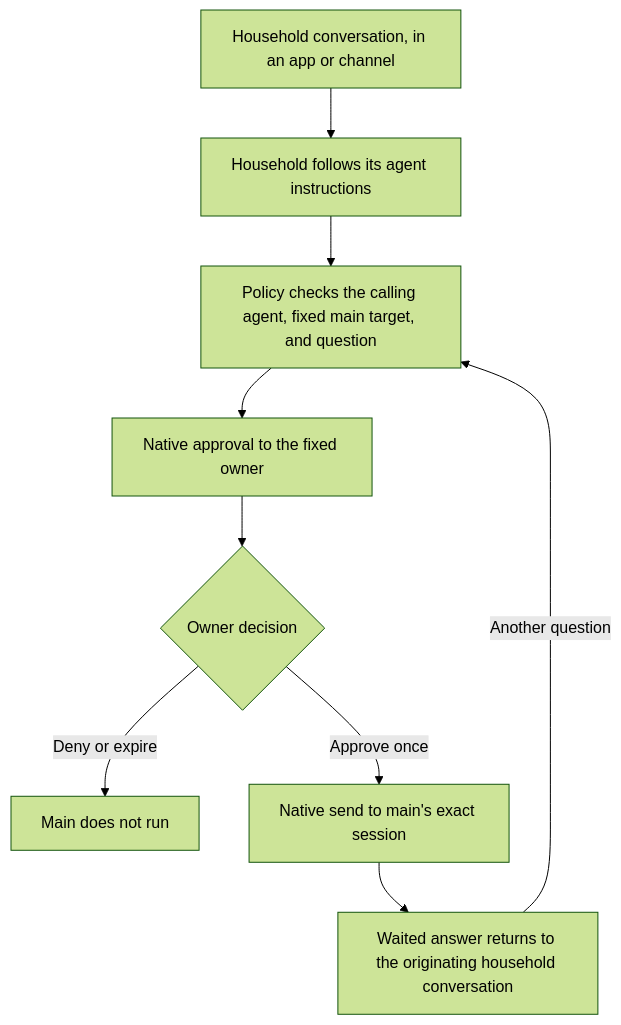
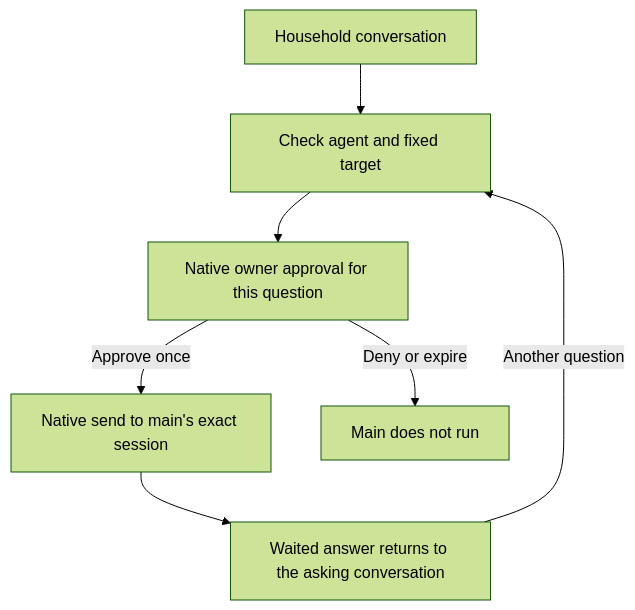
One commit to coletaylor788/puddles changed the diagram in docs/plans/household-native-approvals.md. Above: the diagram before and after it, drawn with Mermaid (forest theme). The commit also changed other lines of this file and 4 other files, not shown here.

````diff
--- a/docs/plans/household-native-approvals.md
+++ b/docs/plans/household-native-approvals.md
@@ -16,11 +15,9 @@
 ```mermaid
 flowchart TD
-    Conversation["Household conversation, in an app or channel"] --> Household["Household follows its agent instructions"]
-    Household --> Policy["Policy checks the calling agent, fixed main target, and question"]
-    Policy --> Approval["Native approval to the fixed owner"]
-    Approval --> Decision{"Owner decision"}
-    Decision -->|Deny or expire| Stop["Main does not run"]
-    Decision -->|Approve once| Main["Native send to main's exact session"]
-    Main --> Answer["Waited answer returns to the originating household conversation"]
+    Conversation[Household conversation] --> Policy[Check agent and fixed target]
+    Policy --> Approval[Native owner approval for this question]
+    Approval -->|Approve once| Main[Native send to main's exact session]
+    Approval -->|Deny or expire| Stop[Main does not run]
+    Main --> Answer[Waited answer returns to the asking conversation]
     Answer -->|Another question| Policy
 ```
````
